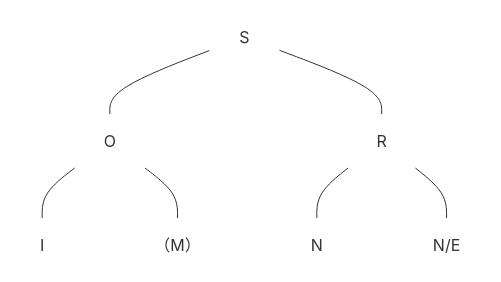
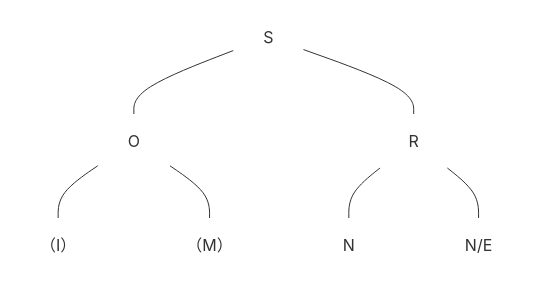
One commit to tsaanghwang/Yime-prototype changed the diagram in YIME_Theory/flowchart/节质结构模型韵质一律二分.mmd. Above: the diagram before and after it, drawn with Mermaid. The commit also changed 19 other files, not shown here.

```diff
--- a/YIME_Theory/flowchart/节质结构模型韵质一律二分.mmd
+++ b/YIME_Theory/flowchart/节质结构模型韵质一律二分.mmd
@@ -1,14 +1,13 @@
 graph TB
 A[S]  ---  B[O]
 A ---  C[R]
 
-B ---  D[I]
+B ---  D[（I）]
 B ---  E[（M）]
 
 C ---  F[N]
 C ---  G[N/E]
 
-
 %% 去掉节点框和背景，只保留文字
 classDef plain fill:none,stroke:none;
 class A,B,C,D,E,F,G plain;
```
